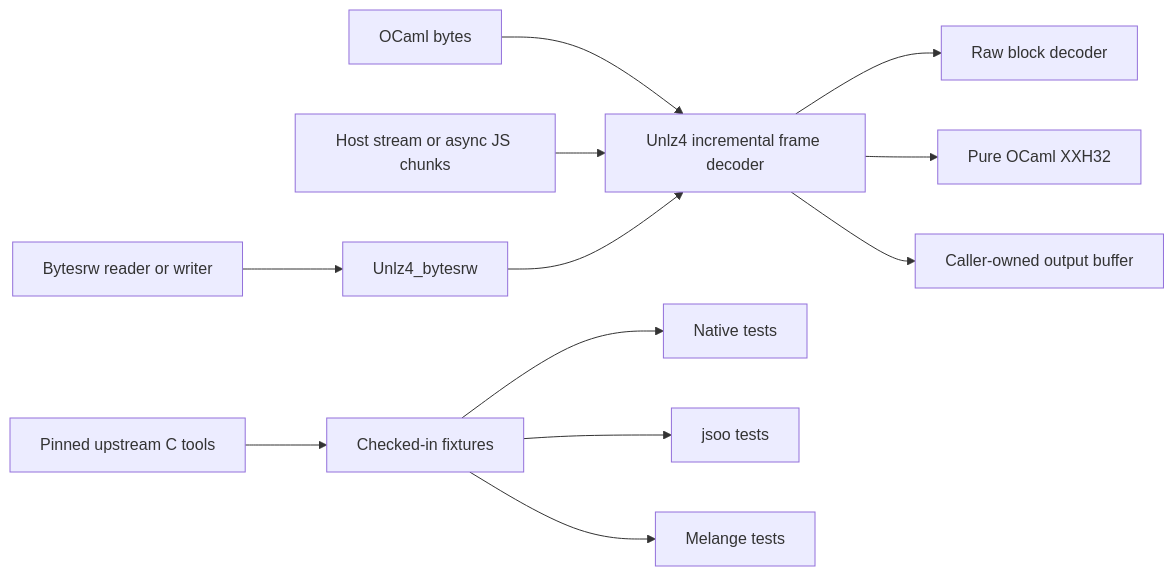
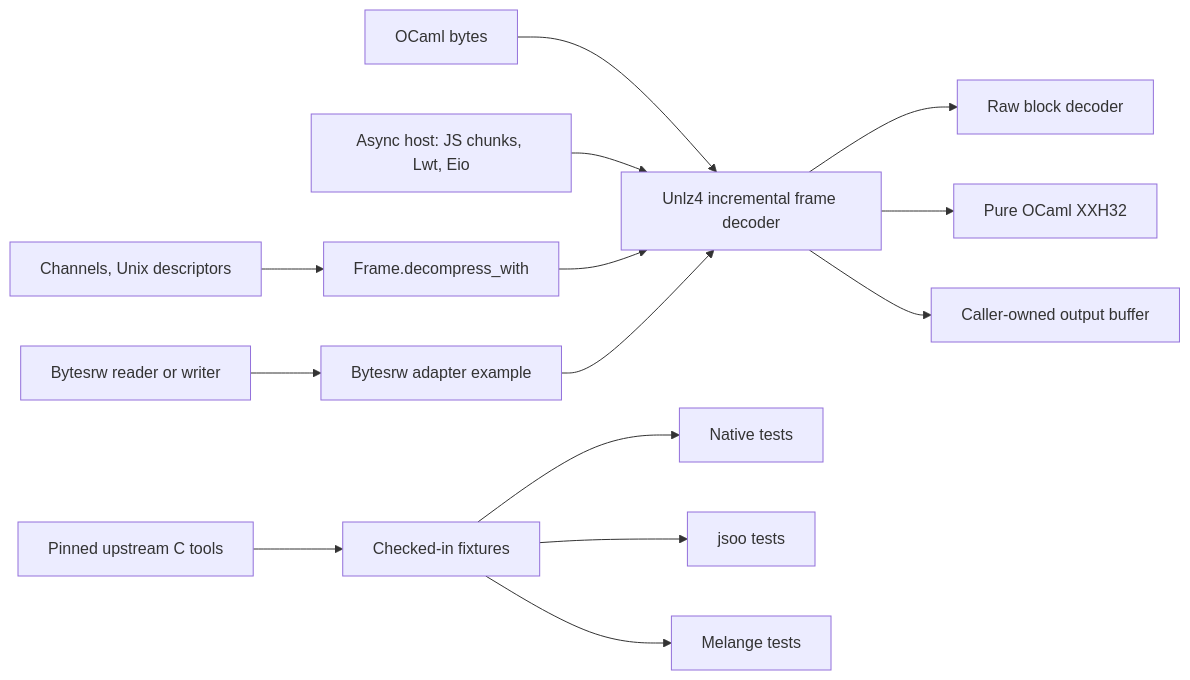
The diagram in docs/design.md (TheCBaH/ocaml-unlz4), drawn with Mermaid before and after one commit. The commit also changed other lines of this file and 35 other files, not shown here.

First line of the commit message:
unlz4: callback driver; Bytesrw adapter becomes a native example

````diff
--- a/docs/design.md
+++ b/docs/design.md
@@ -97,14 +98,16 @@
 ```mermaid
 flowchart LR
     Memory[OCaml bytes] --> Core[Unlz4 incremental frame decoder]
-    Host[Host stream or async JS chunks] --> Core
-    RW[Bytesrw reader or writer] --> Adapter[Unlz4_bytesrw]
+    Host[Async host: JS chunks, Lwt, Eio] --> Core
+    Blocking[Channels, Unix descriptors] --> Driver[Frame.decompress_with]
+    Driver --> Core
+    RW[Bytesrw reader or writer] --> Adapter[Bytesrw adapter example]
     Adapter --> Core
     Core --> Block[Raw block decoder]
     Core --> Hash[Pure OCaml XXH32]
     Core --> Output[Caller-owned output buffer]
     Upstream[Pinned upstream C tools] --> Fixtures[Checked-in fixtures]
     Fixtures --> Native[Native tests]
     Fixtures --> Jsoo[jsoo tests]
     Fixtures --> Melange[Melange tests]
 ```
````
